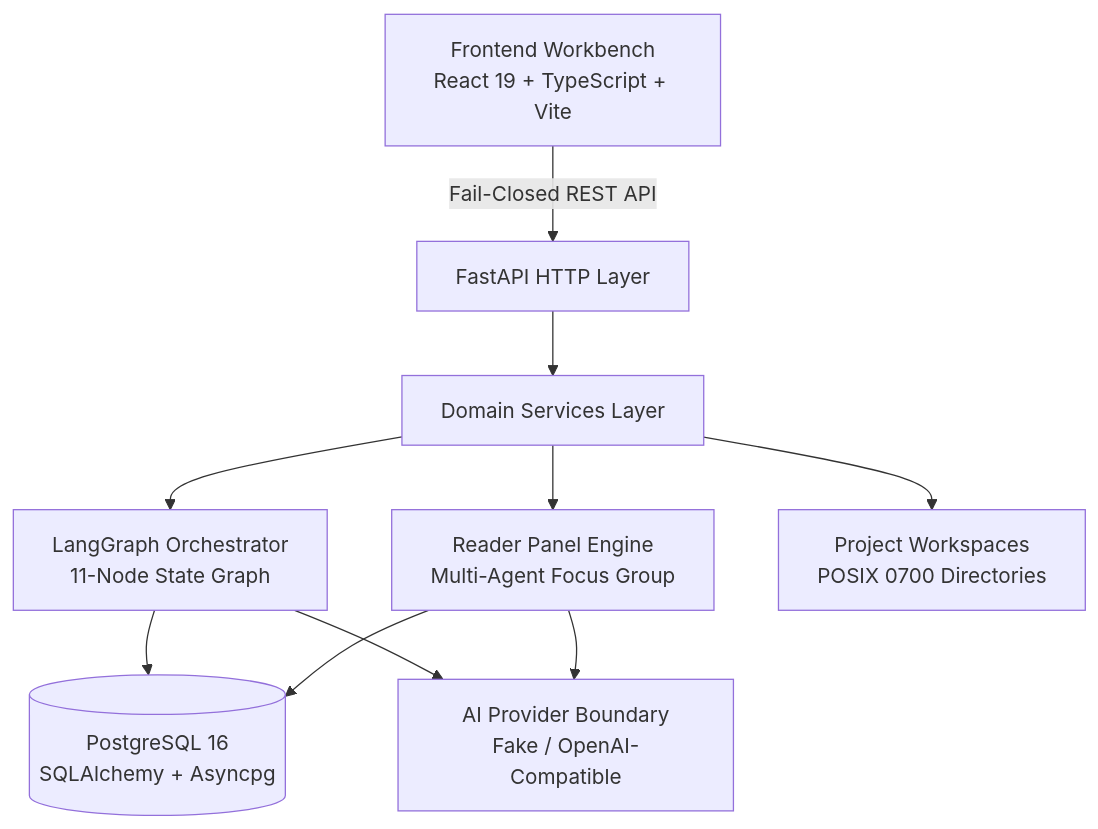
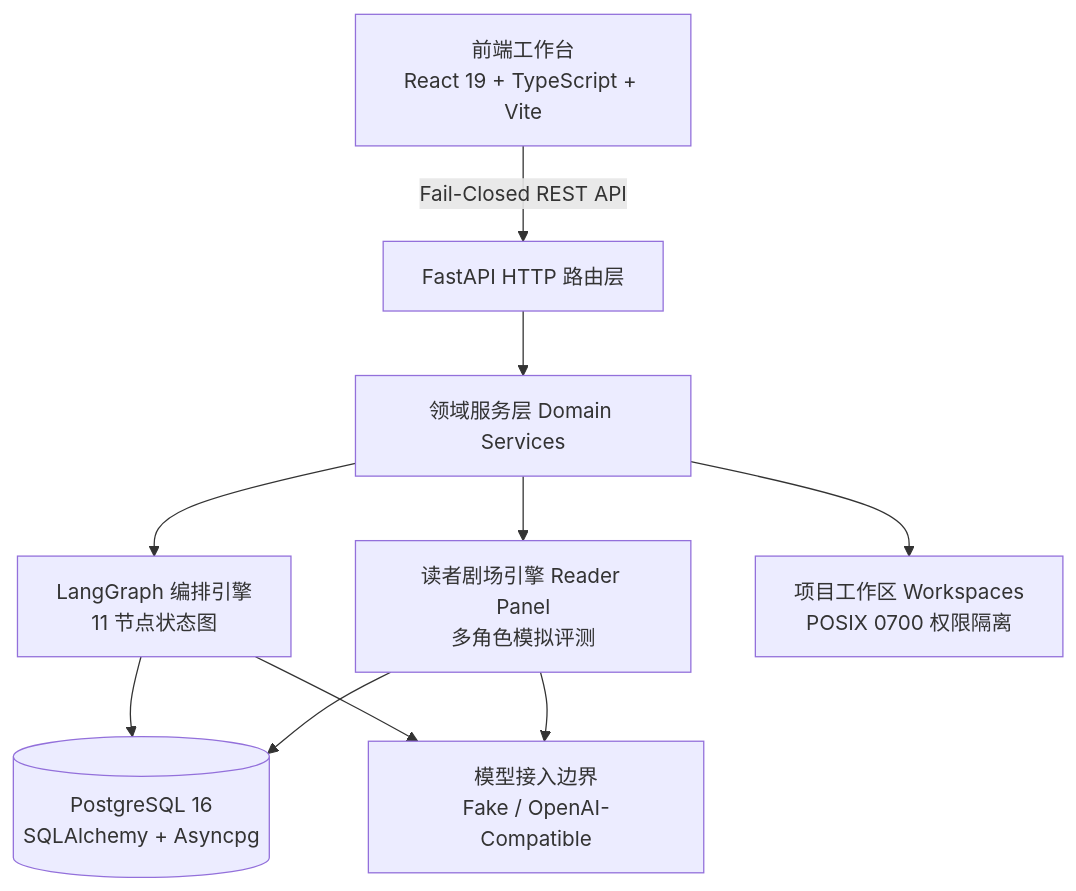
The diagram in README.md (WastonGura/GuraNovel), drawn with Mermaid before and after one commit. The commit also changed other lines of this file and 1 other file, not shown here.

````diff
--- a/README.md
+++ b/README.md
@@ -43,12 +200,12 @@
 ```mermaid
 graph TD
-    UI[Frontend Workbench<br/>React 19 + TypeScript + Vite] -->|Fail-Closed REST API| API[FastAPI HTTP Layer]
-    API --> SVC[Domain Services Layer]
-    SVC --> LG[LangGraph Orchestrator<br/>11-Node State Graph]
-    SVC --> RP[Reader Panel Engine<br/>Multi-Agent Focus Group]
+    UI[前端工作台<br/>React 19 + TypeScript + Vite] -->|Fail-Closed REST API| API[FastAPI HTTP 路由层]
+    API --> SVC[领域服务层 Domain Services]
+    SVC --> LG[LangGraph 编排引擎<br/>11 节点状态图]
+    SVC --> RP[读者剧场引擎 Reader Panel<br/>多角色模拟评测]
     LG --> DB[(PostgreSQL 16<br/>SQLAlchemy + Asyncpg)]
     RP --> DB
-    SVC --> FS[Project Workspaces<br/>POSIX 0700 Directories]
-    LG --> LLM[AI Provider Boundary<br/>Fake / OpenAI-Compatible]
+    SVC --> FS[项目工作区 Workspaces<br/>POSIX 0700 权限隔离]
+    LG --> LLM[模型接入边界<br/>Fake / OpenAI-Compatible]
     RP --> LLM
 ```
````
